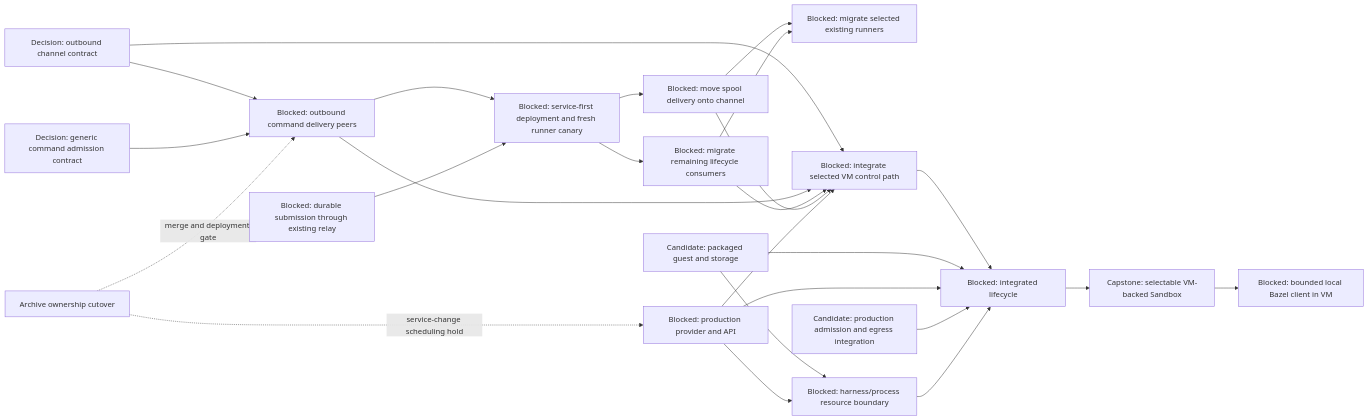
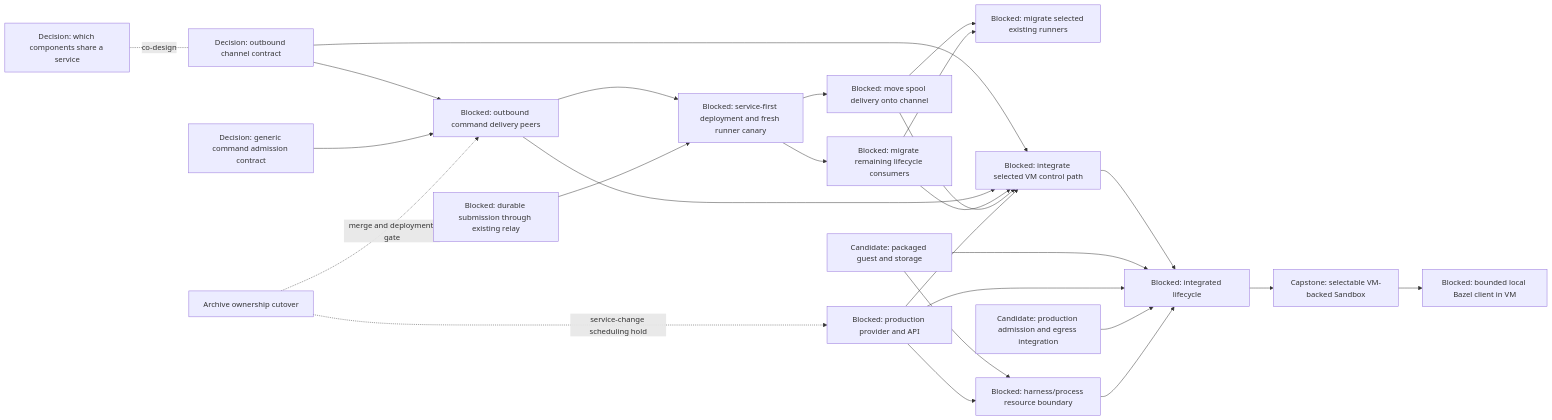
Before and after one commit to agentydragon-agent/ducktape: the sixth of 7 diagrams in agentplane/plans/task_dag.md, drawn with Mermaid. The commit also changed other lines of this file, not shown here.

First line of the commit message:
agentplane: task DAG — delta settlement status and SERVICE_BOUNDARIES decision (#9716)

````diff
--- a/agentplane/plans/task_dag.md
+++ b/agentplane/plans/task_dag.md
@@ -526,40 +530,42 @@
 ```mermaid
 flowchart LR
     RUNNER_TRANSPORT_DESIGN[Decision: outbound channel contract]
+    SERVICE_BOUNDARIES[Decision: which components share a service]
     RUNNER_OUTBOUND_CHANNEL[Blocked: outbound command delivery peers]
     RUNNER_OUTBOUND_CANARY[Blocked: service-first deployment and fresh runner canary]
     SESSION_COMMAND_SUBMISSION[Blocked: durable submission through existing relay]
     RUNNER_OUTBOUND_SPOOL[Blocked: move spool delivery onto channel]
     RUNNER_OUTBOUND_LIFECYCLE[Blocked: migrate remaining lifecycle consumers]
     RUNNER_OUTBOUND_ROLLOUT[Blocked: migrate selected existing runners]
     VM_CONTROL_NETWORKING[Blocked: integrate selected VM control path]
     VM_IMAGE[Candidate: packaged guest and storage]
     VM_PROVIDER[Blocked: production provider and API]
     VM_EGRESS[Candidate: production admission and egress integration]
     VM_PROCESS_ISOLATION[Blocked: harness/process resource boundary]
     VM_LIFECYCLE[Blocked: integrated lifecycle]
     THREAD_ARCHIVE_OWNERSHIP[Archive ownership cutover] -. service-change scheduling hold .-> VM_PROVIDER
     RUNNER_TRANSPORT_DESIGN --> RUNNER_OUTBOUND_CHANNEL
+    SERVICE_BOUNDARIES -. co-design .- RUNNER_TRANSPORT_DESIGN
     SESSION_COMMAND_CONTRACT[Decision: generic command admission contract] --> RUNNER_OUTBOUND_CHANNEL
     THREAD_ARCHIVE_OWNERSHIP -. merge and deployment gate .-> RUNNER_OUTBOUND_CHANNEL
     RUNNER_TRANSPORT_DESIGN --> VM_CONTROL_NETWORKING
     RUNNER_OUTBOUND_CHANNEL --> VM_CONTROL_NETWORKING
     RUNNER_OUTBOUND_LIFECYCLE --> VM_CONTROL_NETWORKING
     RUNNER_OUTBOUND_SPOOL --> VM_CONTROL_NETWORKING
     RUNNER_OUTBOUND_CHANNEL --> RUNNER_OUTBOUND_CANARY
     SESSION_COMMAND_SUBMISSION --> RUNNER_OUTBOUND_CANARY
     RUNNER_OUTBOUND_CANARY --> RUNNER_OUTBOUND_SPOOL
     RUNNER_OUTBOUND_CANARY --> RUNNER_OUTBOUND_LIFECYCLE
     RUNNER_OUTBOUND_SPOOL --> RUNNER_OUTBOUND_ROLLOUT
     RUNNER_OUTBOUND_LIFECYCLE --> RUNNER_OUTBOUND_ROLLOUT
     VM_PROVIDER --> VM_CONTROL_NETWORKING
     VM_CONTROL_NETWORKING --> VM_LIFECYCLE
     VM_IMAGE --> VM_PROCESS_ISOLATION
     VM_PROVIDER --> VM_PROCESS_ISOLATION
     VM_IMAGE --> VM_LIFECYCLE
     VM_PROVIDER --> VM_LIFECYCLE
     VM_EGRESS --> VM_LIFECYCLE
     VM_PROCESS_ISOLATION --> VM_LIFECYCLE
     VM_LIFECYCLE --> SANDBOX_VM_ISOLATION[Capstone: selectable VM-backed Sandbox]
     SANDBOX_VM_ISOLATION --> LOCAL_BAZEL[Blocked: bounded local Bazel client in VM]
 ```
````
